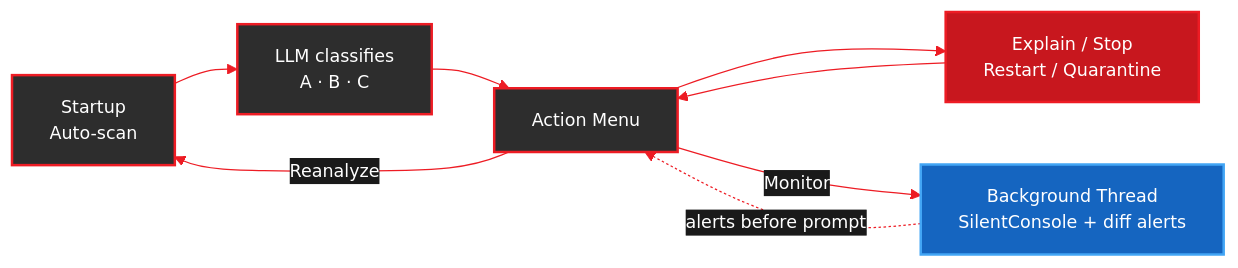
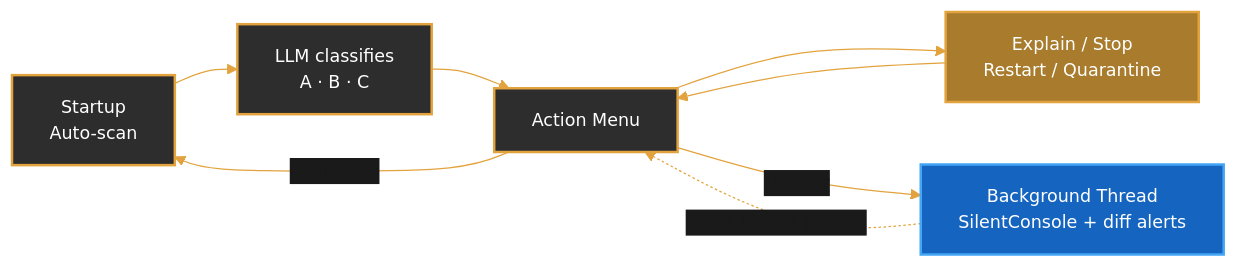
One commit to amd/gaia changed the first of 2 diagrams in docs/cpp/process-agent.mdx. Above: the diagram before and after it, drawn with Mermaid. The commit also changed other lines of this file and 37 other files, not shown here.

````diff
--- a/docs/cpp/process-agent.mdx
+++ b/docs/cpp/process-agent.mdx
@@ -183,17 +183,17 @@
 ```mermaid
-%%{init: {'theme':'base', 'themeVariables': { 'primaryColor':'#ED1C24', 'fontSize':'14px', 'lineColor':'#ED1C24', 'primaryTextColor':'#fff', 'edgeLabelBackground':'#1a1a1a'}, 'flowchart': {'curve': 'basis'}}}%%
+%%{init: {'theme':'base', 'themeVariables': { 'primaryColor':'#E2A33E', 'fontSize':'14px', 'lineColor':'#E2A33E', 'primaryTextColor':'#1a1a1a', 'edgeLabelBackground':'#1a1a1a'}, 'flowchart': {'curve': 'basis'}}}%%
 flowchart LR
     START["Startup\nAuto-scan"] --> CLASS["LLM classifies\nA · B · C"]
     CLASS --> MENU["Action Menu"]
     MENU --> ACT["Explain / Stop\nRestart / Quarantine"]
     ACT --> MENU
     MENU -->|"Reanalyze"| START
     MENU -->|"Monitor"| MON["Background Thread\nSilentConsole + diff alerts"]
     MON -.->|"alerts before prompt"| MENU
 
-    style START fill:#2d2d2d,stroke:#ED1C24,stroke-width:2px,color:#fff
-    style CLASS fill:#2d2d2d,stroke:#ED1C24,stroke-width:2px,color:#fff
-    style MENU fill:#2d2d2d,stroke:#ED1C24,stroke-width:2px,color:#fff
-    style ACT fill:#C8171E,stroke:#ED1C24,stroke-width:2px,color:#fff
+    style START fill:#2d2d2d,stroke:#E2A33E,stroke-width:2px,color:#fff
+    style CLASS fill:#2d2d2d,stroke:#E2A33E,stroke-width:2px,color:#fff
+    style MENU fill:#2d2d2d,stroke:#E2A33E,stroke-width:2px,color:#fff
+    style ACT fill:#A87B2D,stroke:#E2A33E,stroke-width:2px,color:#fff
     style MON fill:#1565C0,stroke:#42A5F5,stroke-width:2px,color:#fff
 ```
````
